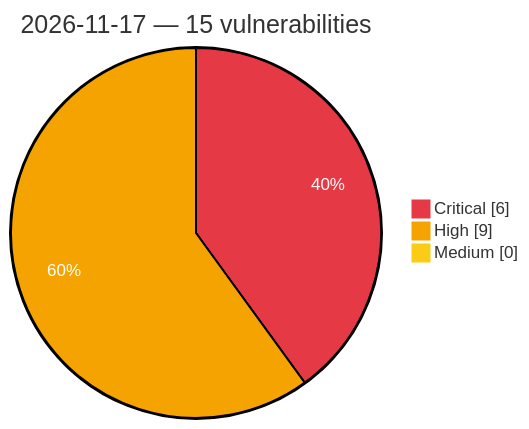
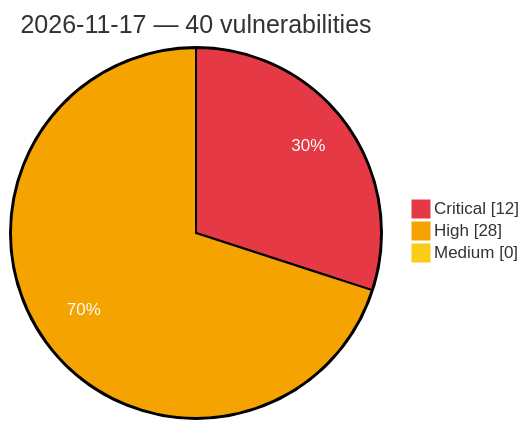
One commit to GhostX0X/vuln-tracker changed the diagram in vulnerabilities/2026/November/2026-11-17.md. Above: the diagram before and after it, drawn with Mermaid. The commit also changed other lines of this file and 5 other files, not shown here.

Commit message:
Auto update: critical/high vulns (2026-11-17 17:45 UTC)

````diff
--- a/vulnerabilities/2026/November/2026-11-17.md
+++ b/vulnerabilities/2026/November/2026-11-17.md
@@ -3,8 +3,8 @@
 ```mermaid
 %%{init: {'theme':'base', 'themeVariables': {'pie1':'#e63946', 'pie2':'#f4a300', 'pie3':'#facc15', 'pieOpacity':'1', 'pieOuterStrokeWidth':'2px', 'pieSectionTextColor':'#ffffff'}}}%%
 pie showData
-    title 2026-11-17 — 15 vulnerabilities
-    "Critical" : 6
-    "High" : 9
+    title 2026-11-17 — 40 vulnerabilities
+    "Critical" : 12
+    "High" : 28
     "Medium" : 0
 ```
````
